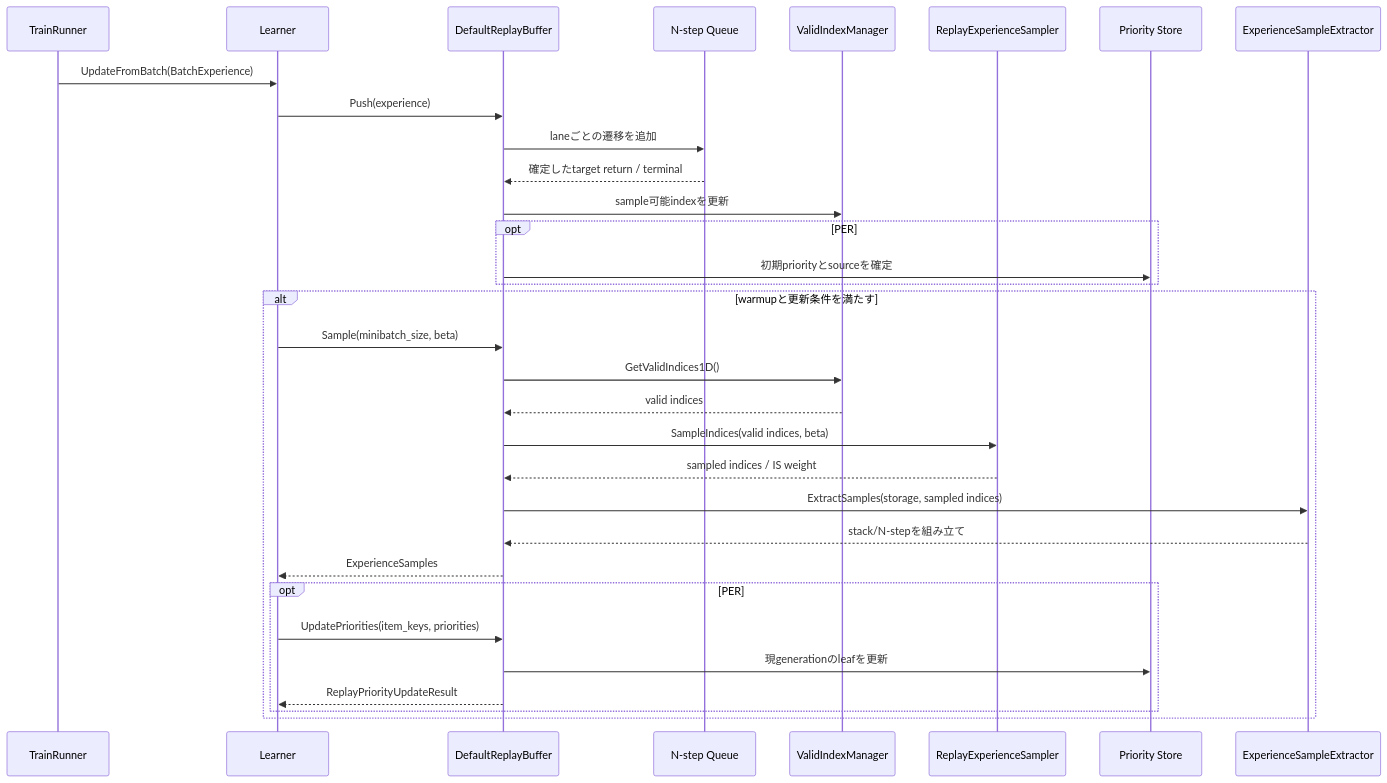
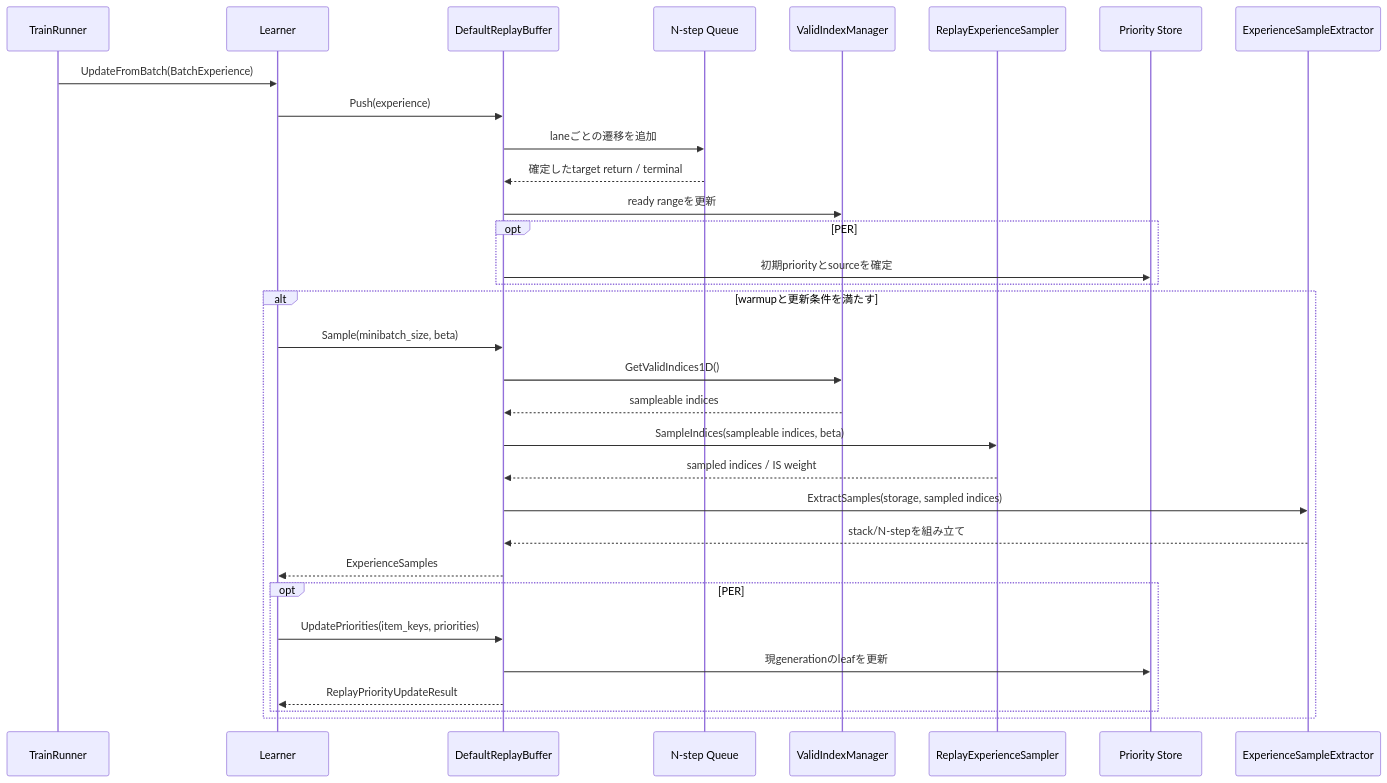
One commit to kazukin123/anet-lab changed the second of 3 diagrams in docs/design/150_replay_buffer.jp.md. Above: the diagram before and after it, drawn with Mermaid. The commit also changed other lines of this file and 6 other files, not shown here.

````diff
--- a/docs/design/150_replay_buffer.jp.md
+++ b/docs/design/150_replay_buffer.jp.md
@@ -161,35 +161,35 @@
 ```mermaid
 sequenceDiagram
     participant R as TrainRunner
     participant L as Learner
     participant B as DefaultReplayBuffer
     participant Q as N-step Queue
     participant V as ValidIndexManager
     participant S as ReplayExperienceSampler
     participant P as Priority Store
     participant X as ExperienceSampleExtractor
 
     R->>L: UpdateFromBatch(BatchExperience)
     L->>B: Push(experience)
     B->>Q: laneごとの遷移を追加
     Q-->>B: 確定したtarget return / terminal
-    B->>V: sample可能indexを更新
+    B->>V: ready rangeを更新
     opt PER
         B->>P: 初期priorityとsourceを確定
     end
     alt warmupと更新条件を満たす
         L->>B: Sample(minibatch_size, beta)
         B->>V: GetValidIndices1D()
-        V-->>B: valid indices
-        B->>S: SampleIndices(valid indices, beta)
+        V-->>B: sampleable indices
+        B->>S: SampleIndices(sampleable indices, beta)
         S-->>B: sampled indices / IS weight
         B->>X: ExtractSamples(storage, sampled indices)
         X-->>B: stack/N-stepを組み立て
         B-->>L: ExperienceSamples
         opt PER
             L->>B: UpdatePriorities(item_keys, priorities)
             B->>P: 現generationのleafを更新
             B-->>L: ReplayPriorityUpdateResult
         end
     end
 ```
````
